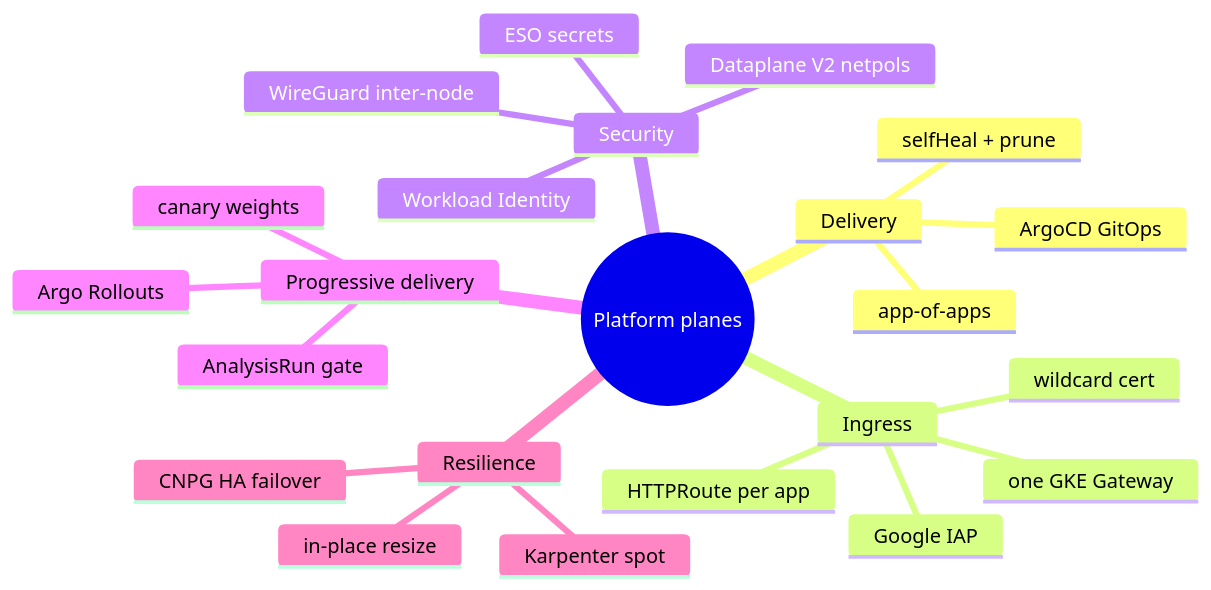
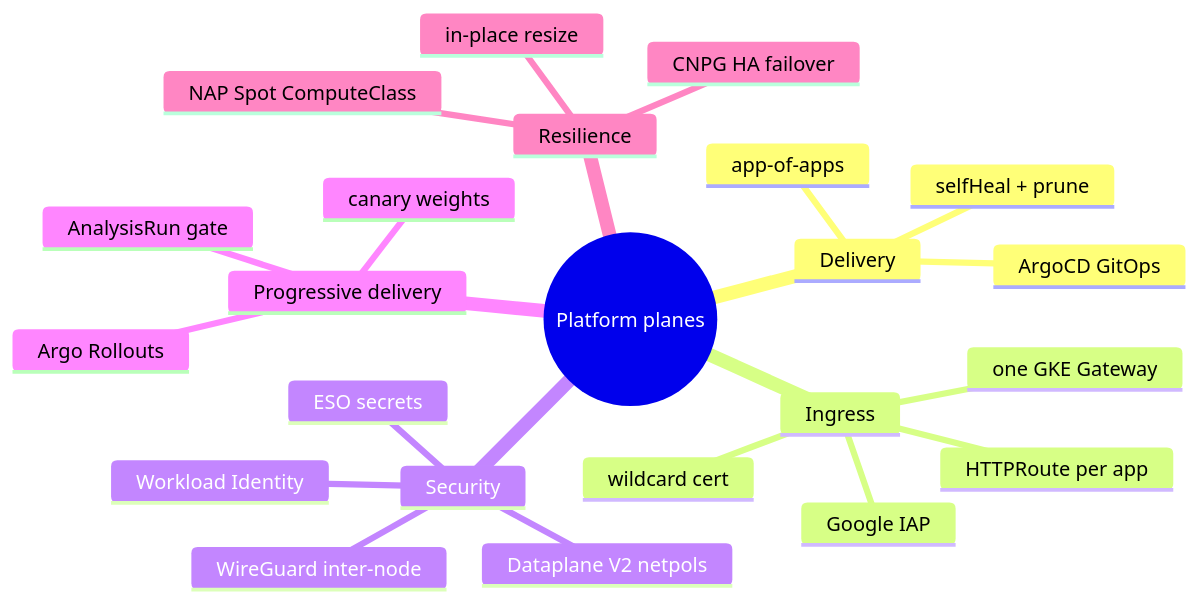
One commit to nubenetes/jenkins-2026 changed the first of 8 diagrams in docs/501-PLATFORM_OPERATIONS.md. Above: the diagram before and after it, drawn with Mermaid. The commit also changed other lines of this file and 21 other files, not shown here.

````diff
--- a/docs/501-PLATFORM_OPERATIONS.md
+++ b/docs/501-PLATFORM_OPERATIONS.md
@@ -14,26 +14,26 @@
 ```mermaid
 mindmap
   root((Platform planes))
     Delivery
       ArgoCD GitOps
       app-of-apps
       selfHeal + prune
     Ingress
       one GKE Gateway
       HTTPRoute per app
       Google IAP
       wildcard cert
     Security
       Dataplane V2 netpols
       WireGuard inter-node
       Workload Identity
       ESO secrets
     Progressive delivery
       Argo Rollouts
       canary weights
       AnalysisRun gate
     Resilience
       CNPG HA failover
-      Karpenter spot
+      NAP Spot ComputeClass
       in-place resize
 ```
````
